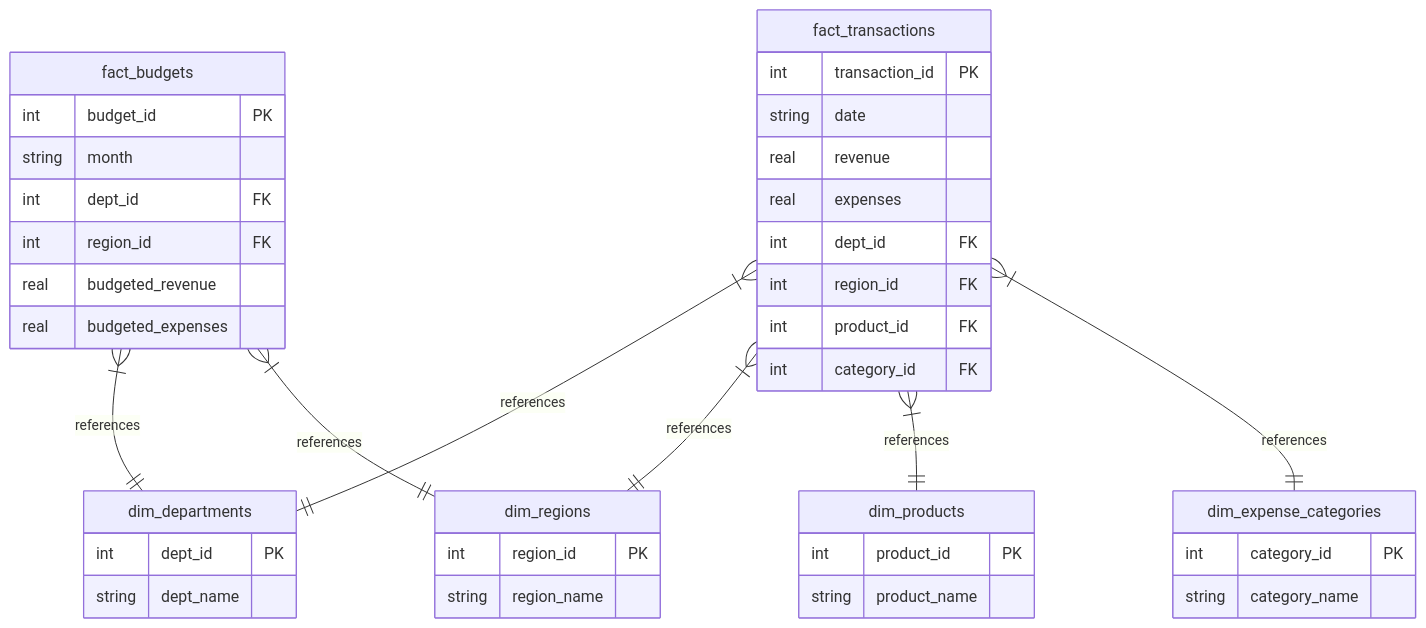
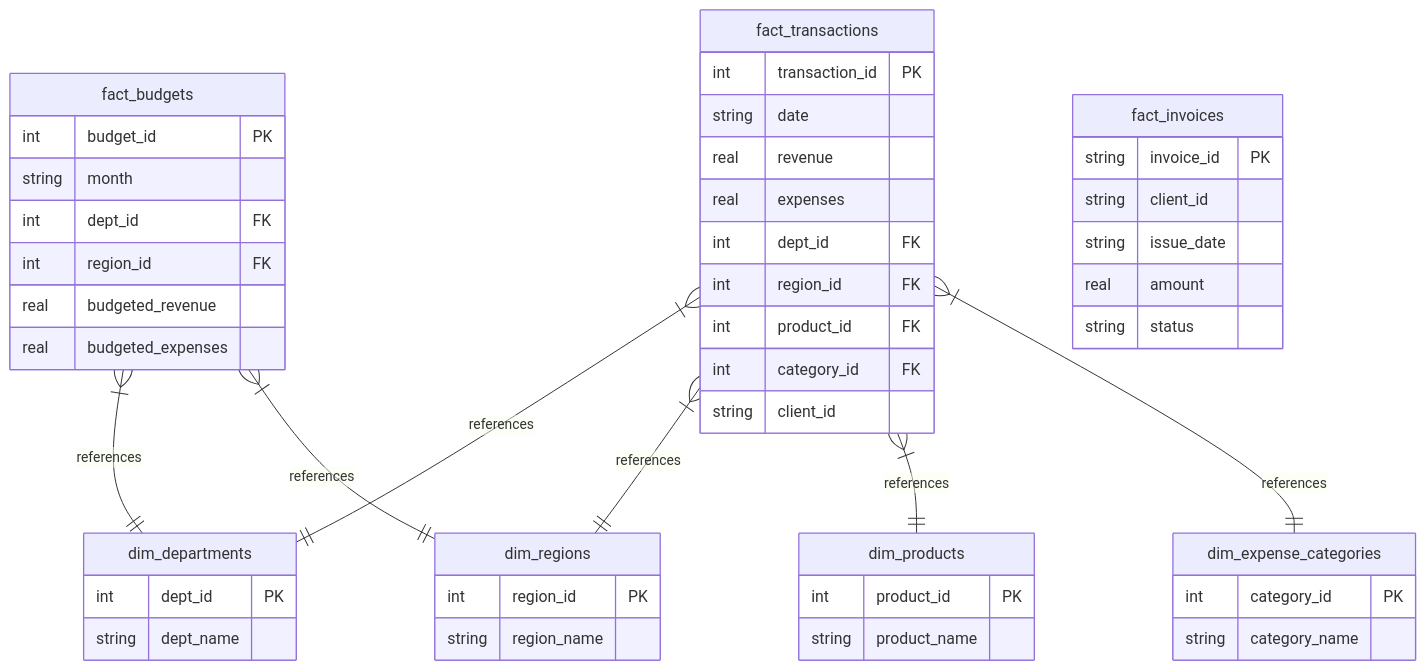
One commit to Monisa-Analyst/financial-performance-analytics changed the diagram in README.md. Above: the diagram before and after it, drawn with Mermaid. The commit also changed other lines of this file and 9 other files, not shown here.

````diff
--- a/README.md
+++ b/README.md
@@ -42,43 +43,51 @@
 ```mermaid
 erDiagram
     fact_transactions {
         int transaction_id PK
         string date
         real revenue
         real expenses
         int dept_id FK
         int region_id FK
         int product_id FK
         int category_id FK
+        string client_id
     }
     fact_budgets {
         int budget_id PK
         string month
         int dept_id FK
         int region_id FK
         real budgeted_revenue
         real budgeted_expenses
+    }
+    fact_invoices {
+        string invoice_id PK
+        string client_id
+        string issue_date
+        real amount
+        string status
     }
     dim_departments {
         int dept_id PK
         string dept_name
     }
     dim_regions {
         int region_id PK
         string region_name
     }
     dim_products {
         int product_id PK
         string product_name
     }
     dim_expense_categories {
         int category_id PK
         string category_name
     }
     fact_transactions }|--|| dim_departments : "references"
     fact_transactions }|--|| dim_regions : "references"
     fact_transactions }|--|| dim_products : "references"
     fact_transactions }|--|| dim_expense_categories : "references"
     fact_budgets }|--|| dim_departments : "references"
     fact_budgets }|--|| dim_regions : "references"
 ```
````
